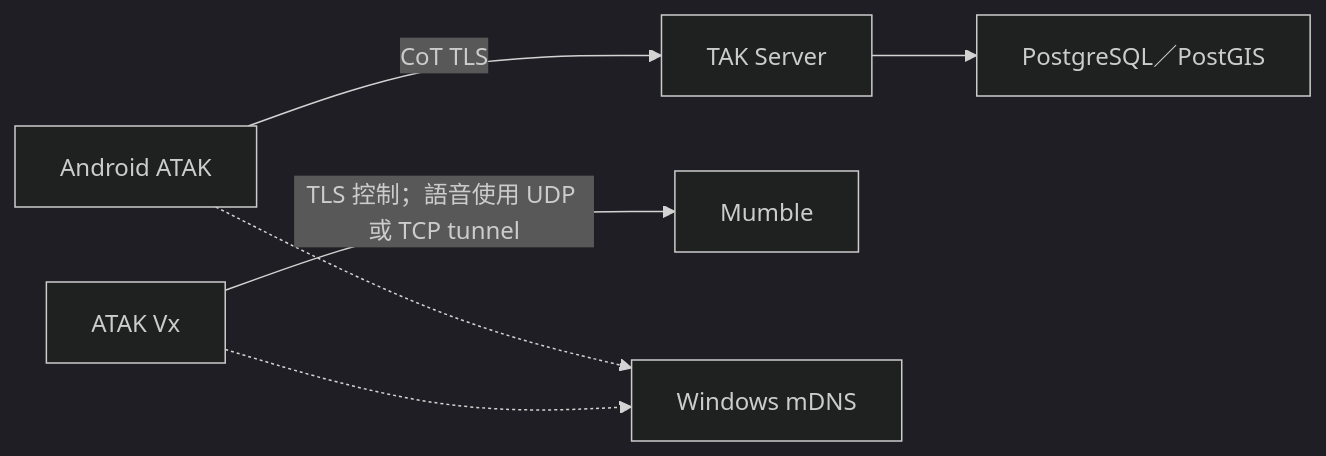
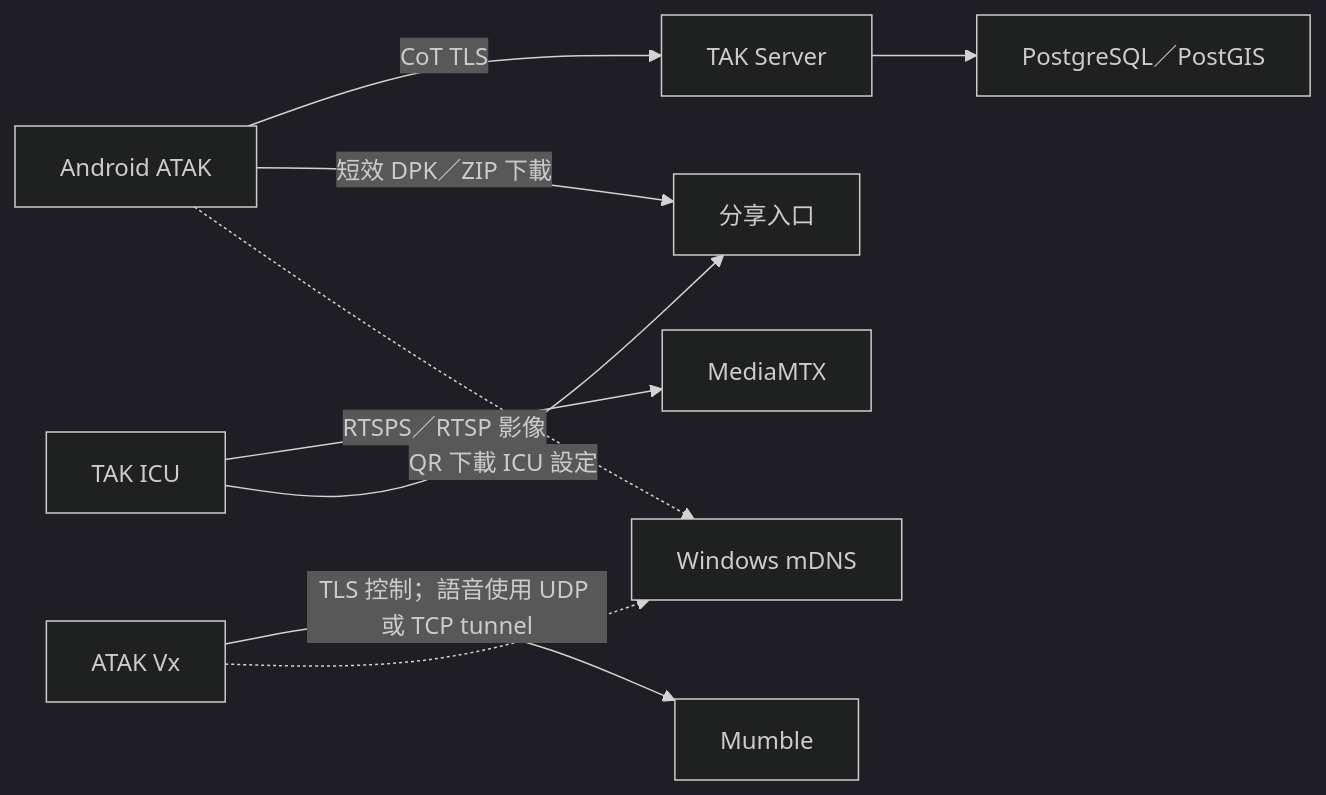
Before and after one commit to swim-fish/tak-server-docker: the diagram in docs/architecture.md, drawn with Mermaid (dark theme). The commit also changed other lines of this file and 41 other files, not shown here.

First line of the commit message:
Add MediaMTX and local TAK sharing control panel

````diff
--- a/docs/architecture.md
+++ b/docs/architecture.md
@@ -5,8 +5,11 @@
 ```mermaid
 flowchart LR
     A["Android ATAK"] -->|"CoT TLS"| T["TAK Server"]
     V["ATAK Vx"] -->|"TLS 控制；語音使用 UDP 或 TCP tunnel"| M["Mumble"]
+    I["TAK ICU"] -->|"RTSPS／RTSP 影像"| X["MediaMTX"]
+    A -->|"短效 DPK／ZIP 下載"| P["分享入口"]
+    I -->|"QR 下載 ICU 設定"| P
     A -.-> N["Windows mDNS"]
     V -.-> N
     T --> D["PostgreSQL／PostGIS"]
 ```
````
